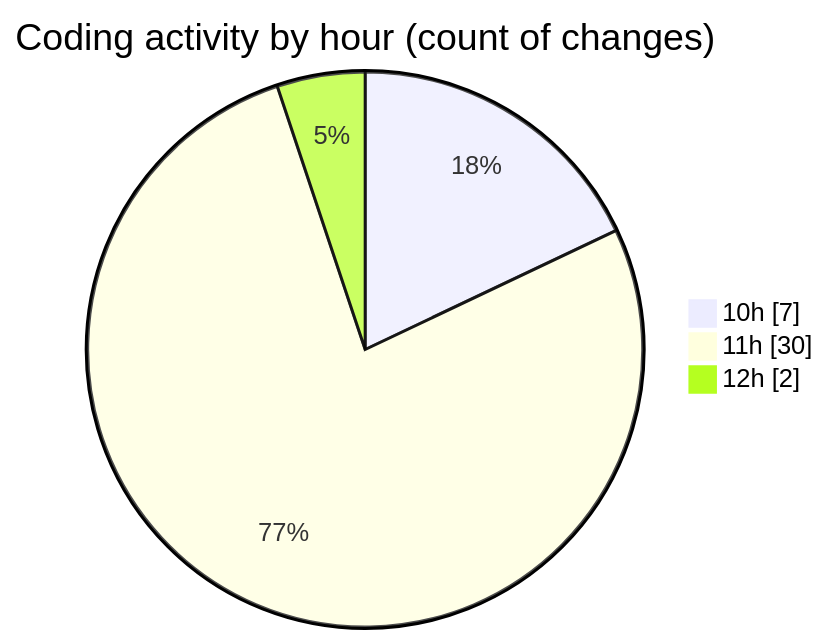
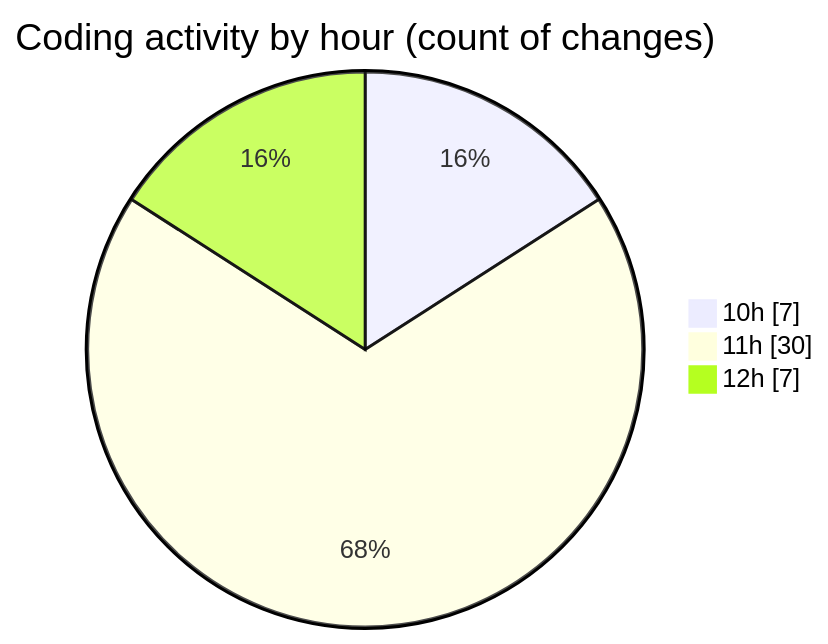
The second of 2 diagrams in 2025-06-26/cda/README.md (momahboobian/code-tracking), drawn with Mermaid before and after one commit. The commit also changed other lines of this file and 1 other file, not shown here.

````diff
--- a/2025-06-26/cda/README.md
+++ b/2025-06-26/cda/README.md
@@ -29,7 +29,7 @@
 ```mermaid
 pie showData
 title Coding activity by hour (count of changes)
 "10h" : 7
 "11h" : 30
-"12h" : 2
+"12h" : 7
 ```
````
